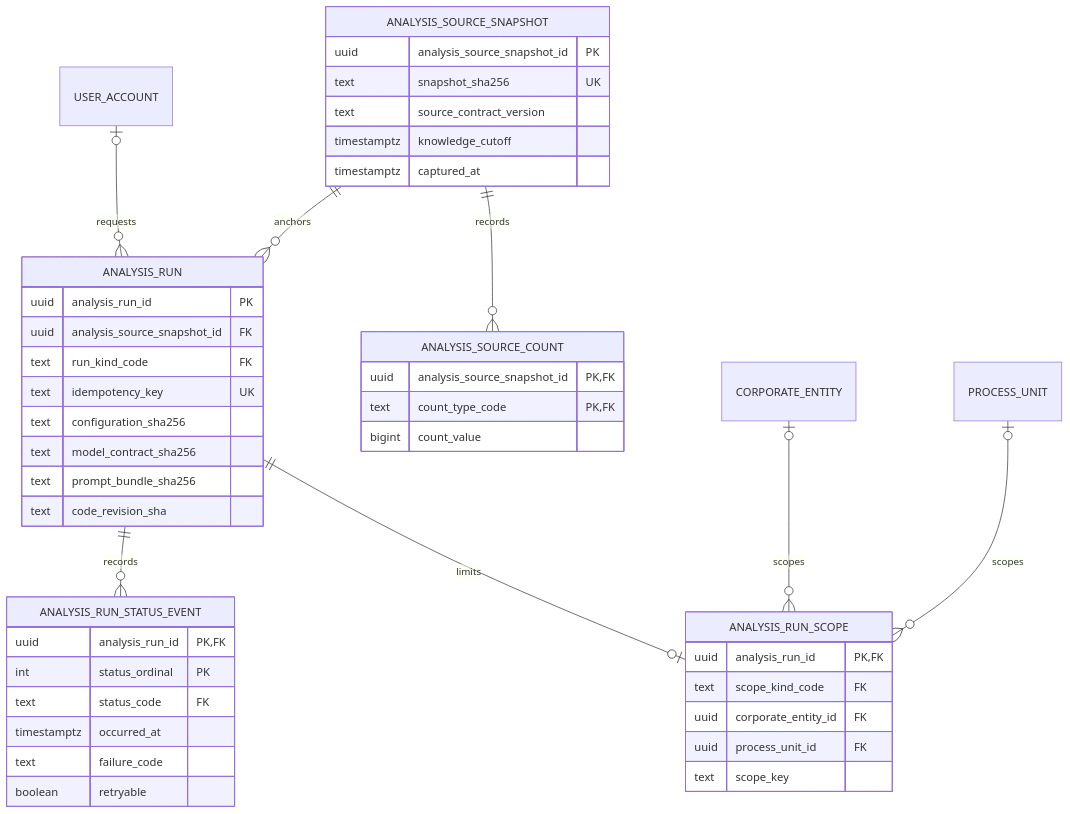
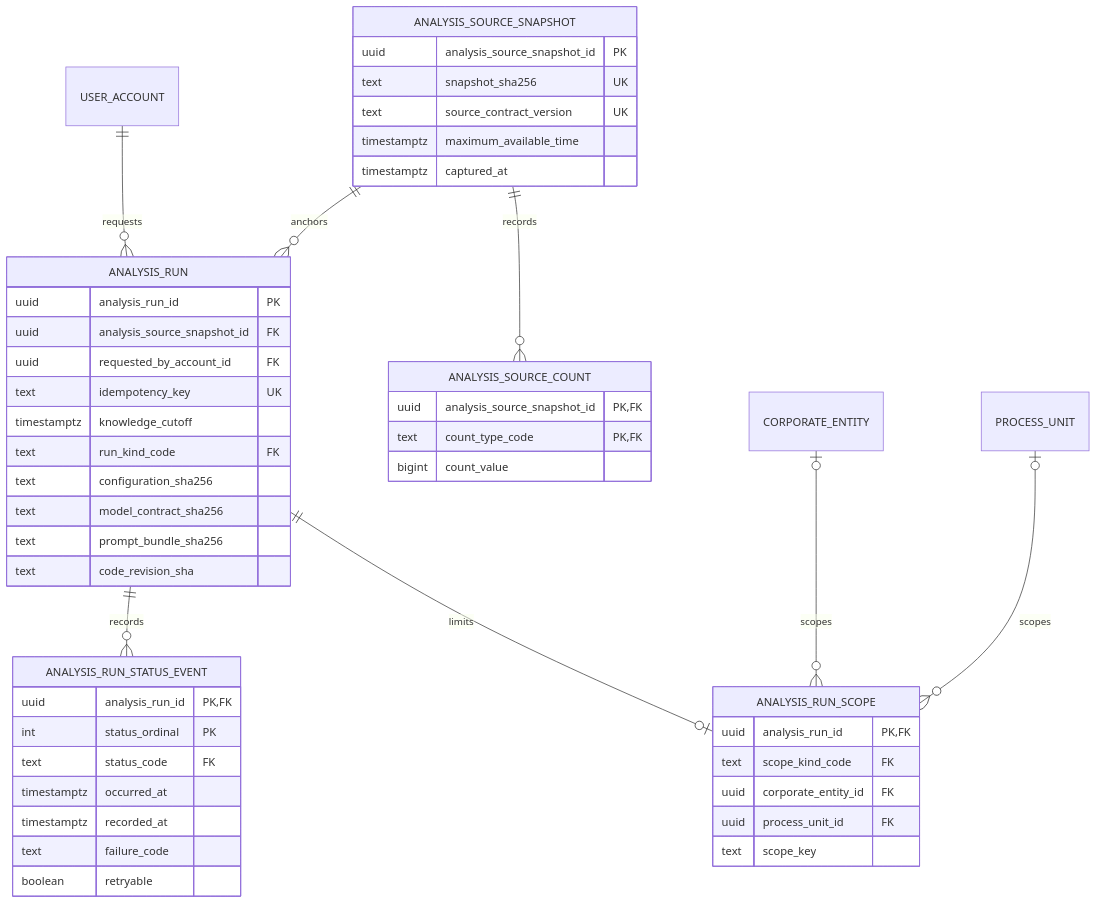
Before and after one commit to ContextualWisdomLab/LineageWeave: the diagram in docs/adr/0013-normalized-analysis-run-registry.md, drawn with Mermaid. The commit also changed other lines of this file and 7 other files, not shown here.

````diff
--- a/docs/adr/0013-normalized-analysis-run-registry.md
+++ b/docs/adr/0013-normalized-analysis-run-registry.md
@@ -36,48 +56,51 @@
 ```mermaid
 erDiagram
     ANALYSIS_SOURCE_SNAPSHOT ||--o{ ANALYSIS_SOURCE_COUNT : records
     ANALYSIS_SOURCE_SNAPSHOT ||--o{ ANALYSIS_RUN : anchors
-    USER_ACCOUNT |o--o{ ANALYSIS_RUN : requests
+    USER_ACCOUNT ||--o{ ANALYSIS_RUN : requests
     ANALYSIS_RUN ||--o| ANALYSIS_RUN_SCOPE : limits
     CORPORATE_ENTITY |o--o{ ANALYSIS_RUN_SCOPE : scopes
     PROCESS_UNIT |o--o{ ANALYSIS_RUN_SCOPE : scopes
     ANALYSIS_RUN ||--o{ ANALYSIS_RUN_STATUS_EVENT : records
 
     ANALYSIS_SOURCE_SNAPSHOT {
         uuid analysis_source_snapshot_id PK
         text snapshot_sha256 UK
-        text source_contract_version
-        timestamptz knowledge_cutoff
+        text source_contract_version UK
+        timestamptz maximum_available_time
         timestamptz captured_at
     }
     ANALYSIS_SOURCE_COUNT {
         uuid analysis_source_snapshot_id PK,FK
         text count_type_code PK,FK
         bigint count_value
     }
     ANALYSIS_RUN {
         uuid analysis_run_id PK
         uuid analysis_source_snapshot_id FK
+        uuid requested_by_account_id FK
+        text idempotency_key UK
+        timestamptz knowledge_cutoff
         text run_kind_code FK
-        text idempotency_key UK
         text configuration_sha256
         text model_contract_sha256
         text prompt_bundle_sha256
         text code_revision_sha
     }
     ANALYSIS_RUN_SCOPE {
         uuid analysis_run_id PK,FK
         text scope_kind_code FK
         uuid corporate_entity_id FK
         uuid process_unit_id FK
         text scope_key
     }
     ANALYSIS_RUN_STATUS_EVENT {
         uuid analysis_run_id PK,FK
         int status_ordinal PK
         text status_code FK
         timestamptz occurred_at
+        timestamptz recorded_at
         text failure_code
         boolean retryable
     }
 ```
````
